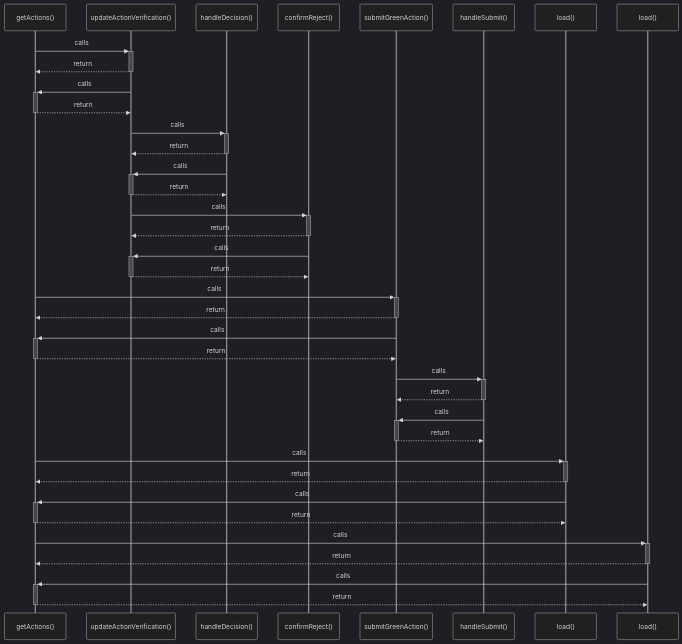
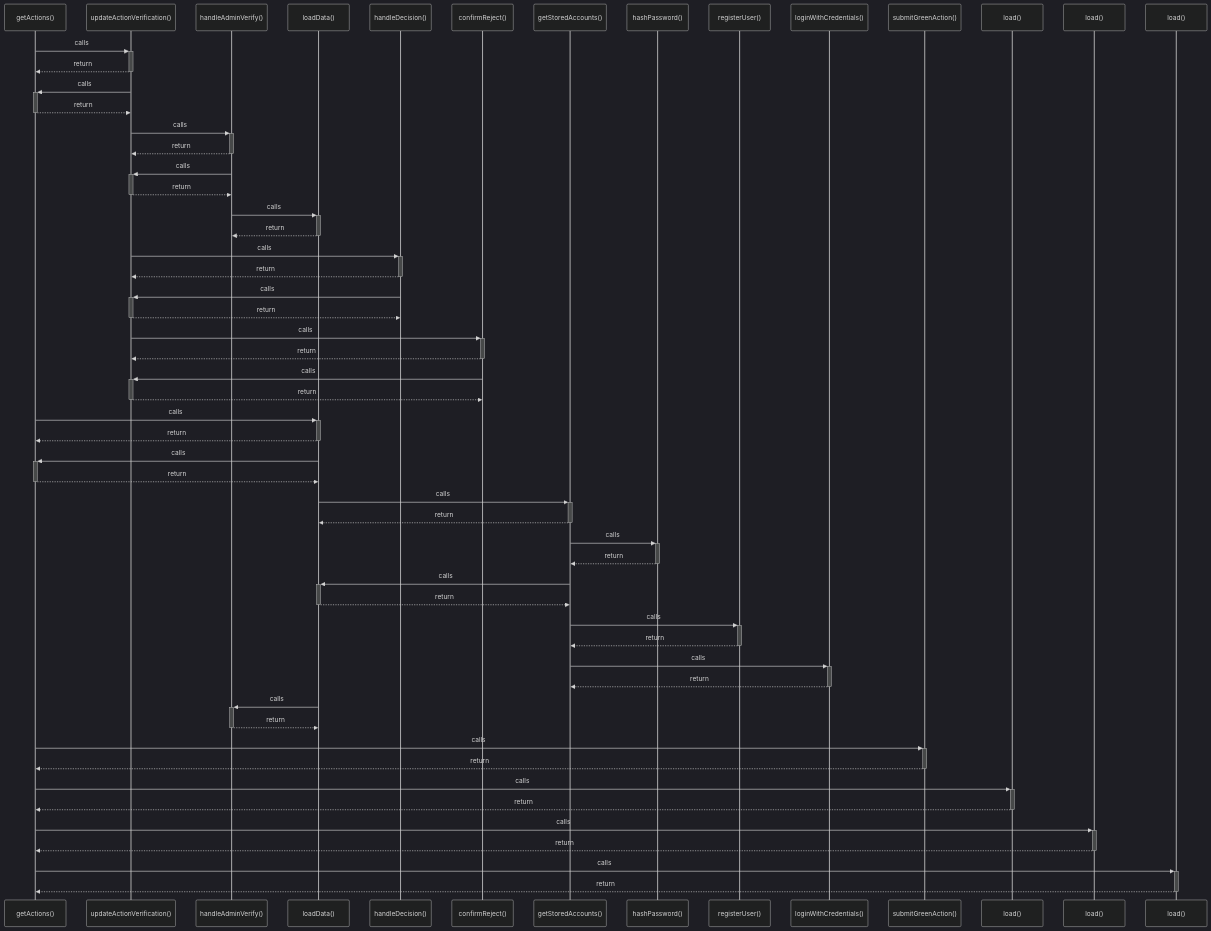
One commit to FY72X9/i-can-app changed the diagram in graphify-out/wiki/getActions().md. Above: the diagram before and after it, drawn with Mermaid (dark theme). The commit also changed other lines of this file and 35 other files, not shown here.

Commit message:
chore: generate project knowledge graph documentation and presentation materials

````diff
--- a/graphify-out/wiki/getActions().md
+++ b/graphify-out/wiki/getActions().md
@@ -7,39 +7,59 @@
 ```mermaid
 sequenceDiagram
     participant P0 as getActions()
     participant P1 as updateActionVerification()
-    participant P2 as handleDecision()
-    participant P3 as confirmReject()
-    participant P4 as submitGreenAction()
-    participant P5 as handleSubmit()
-    participant P6 as load()
-    participant P7 as load()
+    participant P2 as handleAdminVerify()
+    participant P3 as loadData()
+    participant P4 as handleDecision()
+    participant P5 as confirmReject()
+    participant P6 as getStoredAccounts()
+    participant P7 as hashPassword()
+    participant P8 as registerUser()
+    participant P9 as loginWithCredentials()
+    participant P10 as submitGreenAction()
+    participant P11 as load()
+    participant P12 as load()
+    participant P13 as load()
     P0->>+ P1: calls
     P1-->>- P0: return
     P1->>+ P0: calls
     P0-->>- P1: return
     P1->>+ P2: calls
     P2-->>- P1: return
     P2->>+ P1: calls
     P1-->>- P2: return
-    P1->>+ P3: calls
-    P3-->>- P1: return
-    P3->>+ P1: calls
-    P1-->>- P3: return
-    P0->>+ P4: calls
-    P4-->>- P0: return
-    P4->>+ P0: calls
-    P0-->>- P4: return
-    P4->>+ P5: calls
-    P5-->>- P4: return
-    P5->>+ P4: calls
-    P4-->>- P5: return
-    P0->>+ P6: calls
-    P6-->>- P0: return
-    P6->>+ P0: calls
-    P0-->>- P6: return
-    P0->>+ P7: calls
-    P7-->>- P0: return
-    P7->>+ P0: calls
-    P0-->>- P7: return
+    P2->>+ P3: calls
+    P3-->>- P2: return
+    P1->>+ P4: calls
+    P4-->>- P1: return
+    P4->>+ P1: calls
+    P1-->>- P4: return
+    P1->>+ P5: calls
+    P5-->>- P1: return
+    P5->>+ P1: calls
+    P1-->>- P5: return
+    P0->>+ P3: calls
+    P3-->>- P0: return
+    P3->>+ P0: calls
+    P0-->>- P3: return
+    P3->>+ P6: calls
+    P6-->>- P3: return
+    P6->>+ P7: calls
+    P7-->>- P6: return
+    P6->>+ P3: calls
+    P3-->>- P6: return
+    P6->>+ P8: calls
+    P8-->>- P6: return
+    P6->>+ P9: calls
+    P9-->>- P6: return
+    P3->>+ P2: calls
+    P2-->>- P3: return
+    P0->>+ P10: calls
+    P10-->>- P0: return
+    P0->>+ P11: calls
+    P11-->>- P0: return
+    P0->>+ P12: calls
+    P12-->>- P0: return
+    P0->>+ P13: calls
+    P13-->>- P0: return
 ```
````
